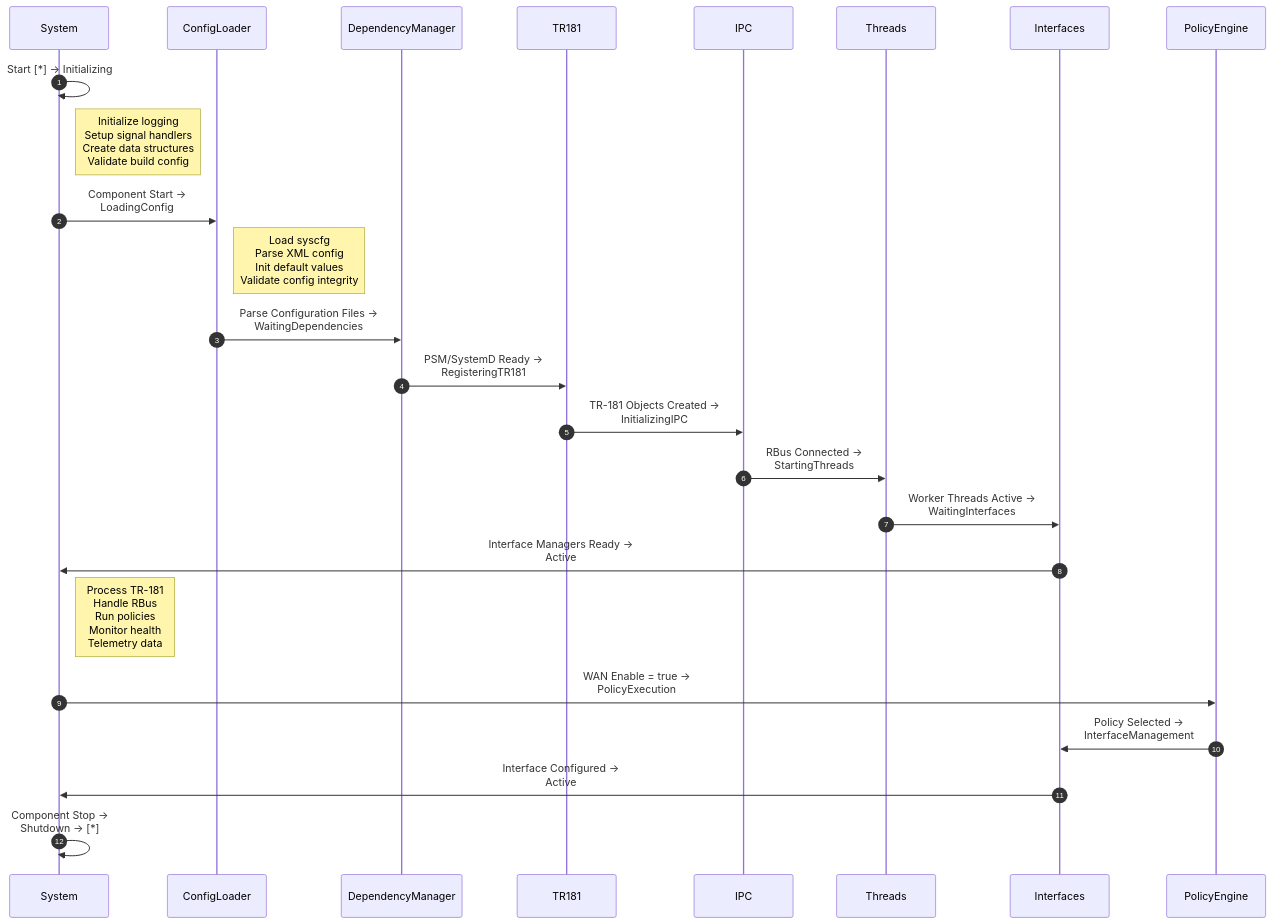
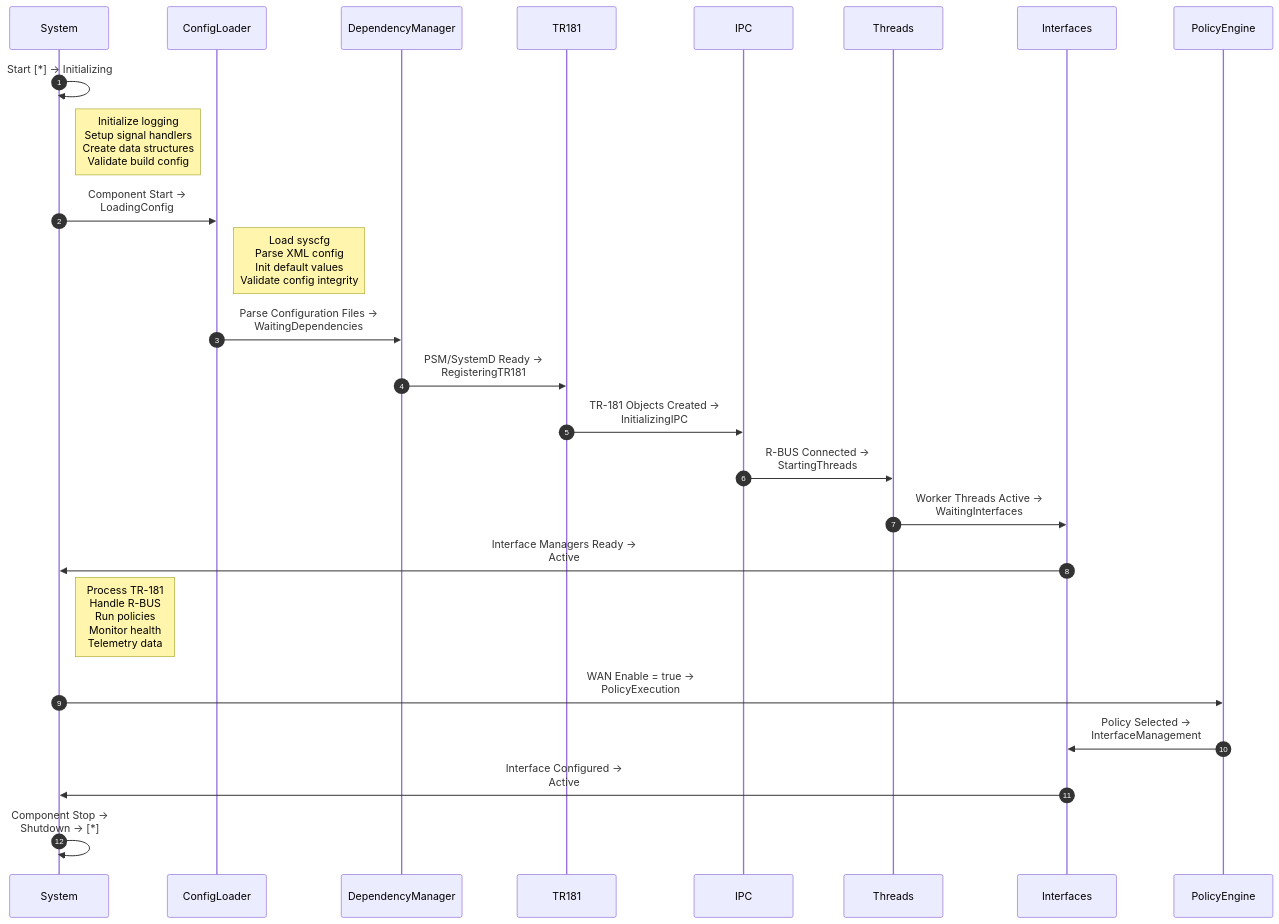
The third of 7 diagrams in docs/README.md (rdkcentral/wan-manager), drawn with Mermaid before and after one commit. The commit also changed other lines of this file, not shown here.

````diff
--- a/docs/README.md
+++ b/docs/README.md
@@ -204,35 +200,35 @@
 ```mermaid
 sequenceDiagram
     autonumber
     participant System
     participant ConfigLoader
     participant DependencyManager
     participant TR181
     participant IPC
     participant Threads
     participant Interfaces
     participant PolicyEngine
 
     System->>System: Start [*] → Initializing
     Note right of System: Initialize logging<br> Setup signal handlers<br> Create data structures<br> Validate build config
 
     System->>ConfigLoader: Component Start →<br> LoadingConfig
     Note right of ConfigLoader: Load syscfg<br>Parse XML config<br>Init default values<br>Validate config integrity
 
     ConfigLoader->>DependencyManager: Parse Configuration Files →<br> WaitingDependencies
     DependencyManager->>TR181: PSM/SystemD Ready →<br> RegisteringTR181
 
     TR181->>IPC: TR-181 Objects Created →<br> InitializingIPC
-    IPC->>Threads: RBus Connected →<br> StartingThreads
+    IPC->>Threads: R-BUS Connected →<br> StartingThreads
     Threads->>Interfaces: Worker Threads Active →<br> WaitingInterfaces
 
     Interfaces->>System: Interface Managers Ready →<br> Active
-    Note right of System: Process TR-181<br>Handle RBus<br>Run policies<br>Monitor health<br>Telemetry data
+    Note right of System: Process TR-181<br>Handle R-BUS<br>Run policies<br>Monitor health<br>Telemetry data
 
     System->>PolicyEngine: WAN Enable = true →<br> PolicyExecution
     PolicyEngine->>Interfaces: Policy Selected →<br> InterfaceManagement
     Interfaces->>System: Interface Configured →<br> Active
 
     System->>System: Component Stop →<br> Shutdown → [*]
 
 ```
````
